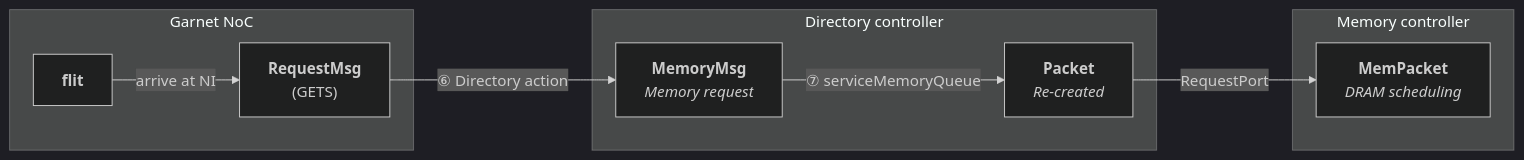
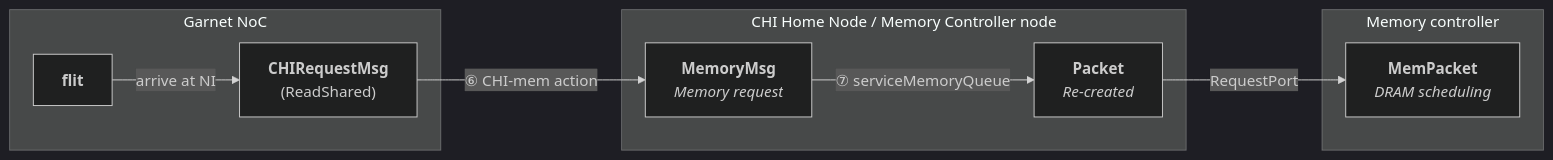
The second of 2 diagrams in ruby-book/extra/RequestToFlit.md (ripopov/gem5), drawn with Mermaid (dark theme) before and after one commit. The commit also changed other lines of this file and 61 other files, not shown here.

````diff
--- a/ruby-book/extra/RequestToFlit.md
+++ b/ruby-book/extra/RequestToFlit.md
@@ -109,19 +118,19 @@
 ```mermaid
 graph LR
     subgraph Garnet["Garnet NoC"]
-        A["<b>RequestMsg</b><br/>(GETS)"]
+        A["<b>CHIRequestMsg</b><br/>(ReadShared)"]
         F["<b>flit</b>"]
     end
-    subgraph Dir["Directory controller"]
+    subgraph HN["CHI Home Node / Memory Controller node"]
         B["<b>MemoryMsg</b><br/><i>Memory request</i>"]
         C["<b>Packet</b><br/><i>Re-created</i>"]
     end
     subgraph DRAM["Memory controller"]
         D["<b>MemPacket</b><br/><i>DRAM scheduling</i>"]
     end
 
     F -- "arrive at NI" --> A
-    A -- "⑥ Directory action" --> B
+    A -- "⑥ CHI-mem action" --> B
     B -- "⑦ serviceMemoryQueue" --> C
     C -- "RequestPort" --> D
 ```
````
